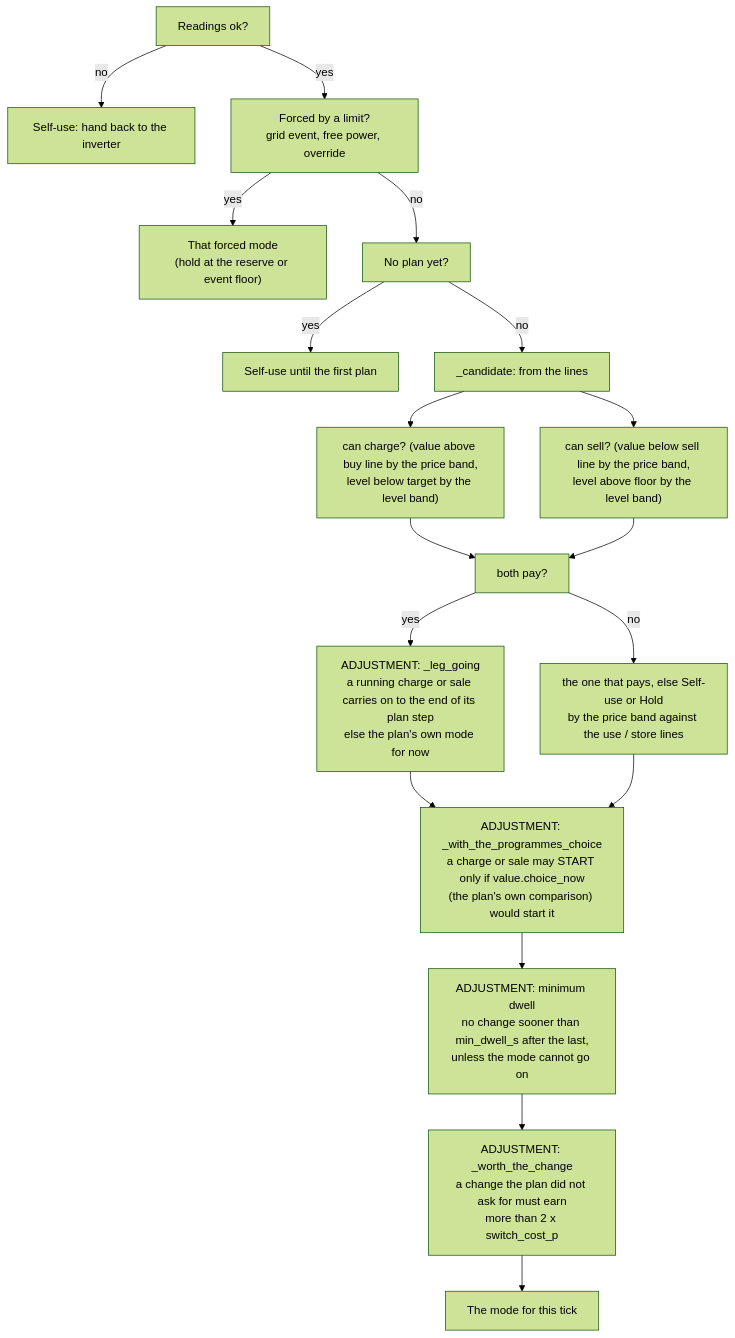
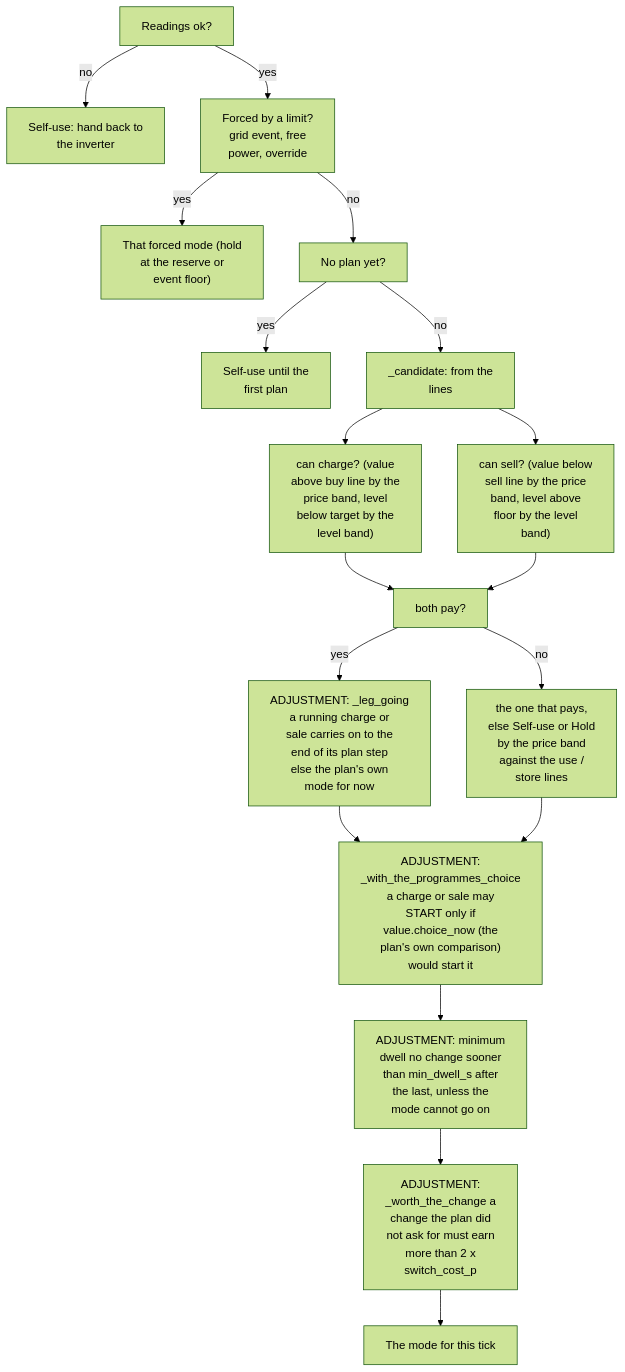
One commit to durkimat/ha-powerengine-controller changed the second of 2 diagrams in docs/plans/engine-v2-architecture.md. Above: the diagram before and after it, drawn with Mermaid (forest theme). The commit also changed other lines of this file and 2 other files, not shown here.

First line of the commit message:
docs: architecture diagrams as images (GitHub mobile does not draw Mermaid)

````diff
--- a/docs/plans/engine-v2-architecture.md
+++ b/docs/plans/engine-v2-architecture.md
@@ -123,20 +135,20 @@
 ```mermaid
 flowchart TD
-    A["Readings ok?"] -->|no| SU1["Self-use: hand back to the inverter"]
-    A -->|yes| B["Forced by a limit?<br/>grid event, free power, override"]
-    B -->|yes| F["That forced mode<br/>(hold at the reserve or event floor)"]
+    A["Readings ok?"] -->|no| SU1["Self-use: hand back to<br/>the inverter"]
+    A -->|yes| B["Forced by a limit?<br/>grid event, free<br/>power, override"]
+    B -->|yes| F["That forced mode (hold<br/>at the reserve or<br/>event floor)"]
     B -->|no| C["No plan yet?"]
-    C -->|yes| SU2["Self-use until the first plan"]
-    C -->|no| D["_candidate: from the lines"]
-    D --> D1["can charge? (value above buy line by the price band,<br/>level below target by the level band)"]
-    D --> D2["can sell? (value below sell line by the price band,<br/>level above floor by the level band)"]
+    C -->|yes| SU2["Self-use until the<br/>first plan"]
+    C -->|no| D["_candidate: from the<br/>lines"]
+    D --> D1["can charge? (value<br/>above buy line by the<br/>price band, level<br/>below target by the<br/>level band)"]
+    D --> D2["can sell? (value below<br/>sell line by the price<br/>band, level above<br/>floor by the level<br/>band)"]
     D1 --> E["both pay?"]
     D2 --> E
-    E -->|yes| LG["ADJUSTMENT: _leg_going<br/>a running charge or sale carries on to the end of its plan step<br/>else the plan's own mode for now"]
-    E -->|no| P["the one that pays, else Self-use or Hold<br/>by the price band against the use / store lines"]
+    E -->|yes| LG["ADJUSTMENT: _leg_going<br/>a running charge or<br/>sale carries on to the<br/>end of its plan step<br/>else the plan's own<br/>mode for now"]
+    E -->|no| P["the one that pays,<br/>else Self-use or Hold<br/>by the price band<br/>against the use /<br/>store lines"]
     LG --> PC
-    P --> PC["ADJUSTMENT: _with_the_programmes_choice<br/>a charge or sale may START only if value.choice_now<br/>(the plan's own comparison) would start it"]
-    PC --> DW["ADJUSTMENT: minimum dwell<br/>no change sooner than min_dwell_s after the last,<br/>unless the mode cannot go on"]
-    DW --> WC["ADJUSTMENT: _worth_the_change<br/>a change the plan did not ask for must earn<br/>more than 2 x switch_cost_p"]
+    P --> PC["ADJUSTMENT:<br/>_with_the_programmes_choice<br/>a charge or sale may<br/>START only if<br/>value.choice_now (the<br/>plan's own comparison)<br/>would start it"]
+    PC --> DW["ADJUSTMENT: minimum<br/>dwell no change sooner<br/>than min_dwell_s after<br/>the last, unless the<br/>mode cannot go on"]
+    DW --> WC["ADJUSTMENT:<br/>_worth_the_change a<br/>change the plan did<br/>not ask for must earn<br/>more than 2 x<br/>switch_cost_p"]
     WC --> M["The mode for this tick"]
 ```
````
